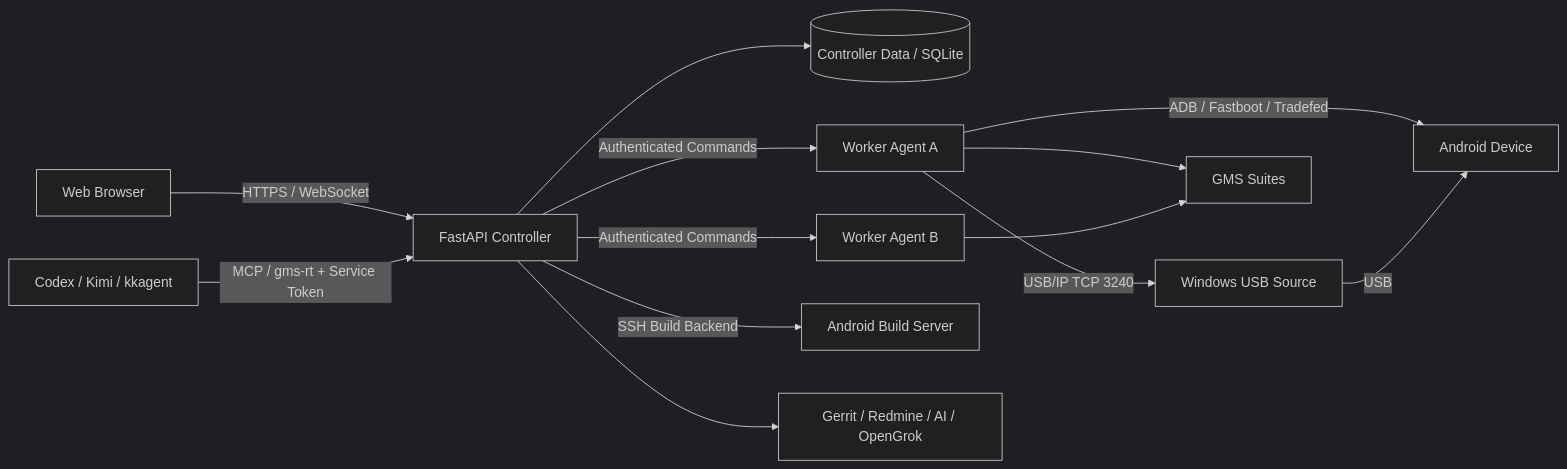
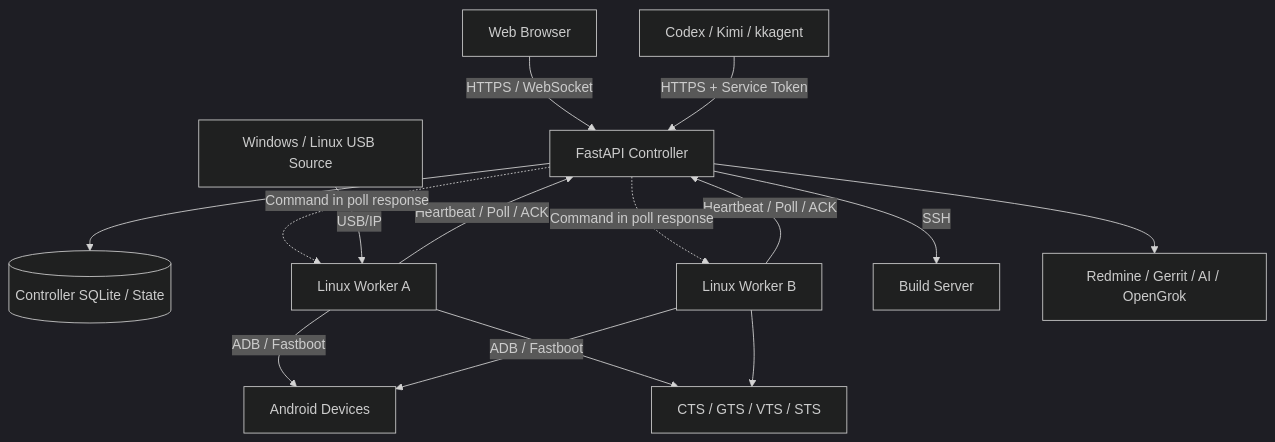
The diagram in docs/architecture/overview.md (weixin1263831586/GMS_Remote_Test_Web), drawn with Mermaid (dark theme) before and after one commit. The commit also changed 40 other files, not shown here.

````diff
--- a/docs/architecture/overview.md
+++ b/docs/architecture/overview.md
@@ -7,31 +7,29 @@
 ```mermaid
-flowchart LR
-    Browser[Web Browser]
-    Agent[Codex / Kimi / kkagent]
-    Controller[FastAPI Controller]
-    DB[(Controller Data / SQLite)]
-    Worker1[Worker Agent A]
-    Worker2[Worker Agent B]
-    Source[Windows USB Source]
-    Device[Android Device]
-    Suite[GMS Suites]
-    Build[Android Build Server]
-    Services[Gerrit / Redmine / AI / OpenGrok]
+flowchart TB
+    Browser["Web Browser"]
+    Agent["Codex / Kimi / kkagent"]
+    Controller["FastAPI Controller"]
+    DB[("Controller SQLite / State")]
+    WorkerA["Linux Worker A"]
+    WorkerB["Linux Worker B"]
+    Source["Windows / Linux USB Source"]
+    Devices["Android Devices"]
+    Suite["CTS / GTS / VTS / STS"]
+    Build["Build Server"]
+    External["Redmine / Gerrit / AI / OpenGrok"]
 
-    Browser -->|HTTPS / WebSocket| Controller
-    Agent -->|MCP / gms-rt + Service Token| Controller
+    Browser -->|"HTTPS / WebSocket"| Controller
+    Agent -->|"HTTPS + Service Token"| Controller
     Controller --> DB
-
-    Controller -->|Authenticated Commands| Worker1
-    Controller -->|Authenticated Commands| Worker2
-
-    Worker1 -->|ADB / Fastboot / Tradefed| Device
-    Worker1 --> Suite
-    Worker2 --> Suite
-
-    Source -->|USB| Device
-    Worker1 -->|USB/IP TCP 3240| Source
-
-    Controller -->|SSH Build Backend| Build
-    Controller --> Services
+    WorkerA -->|"Heartbeat / Poll / ACK"| Controller
+    WorkerB -->|"Heartbeat / Poll / ACK"| Controller
+    Controller -.->|"Command in poll response"| WorkerA
+    Controller -.->|"Command in poll response"| WorkerB
+    Source -->|"USB/IP"| WorkerA
+    WorkerA -->|"ADB / Fastboot"| Devices
+    WorkerB -->|"ADB / Fastboot"| Devices
+    WorkerA --> Suite
+    WorkerB --> Suite
+    Controller -->|"SSH"| Build
+    Controller --> External
 ```
````
